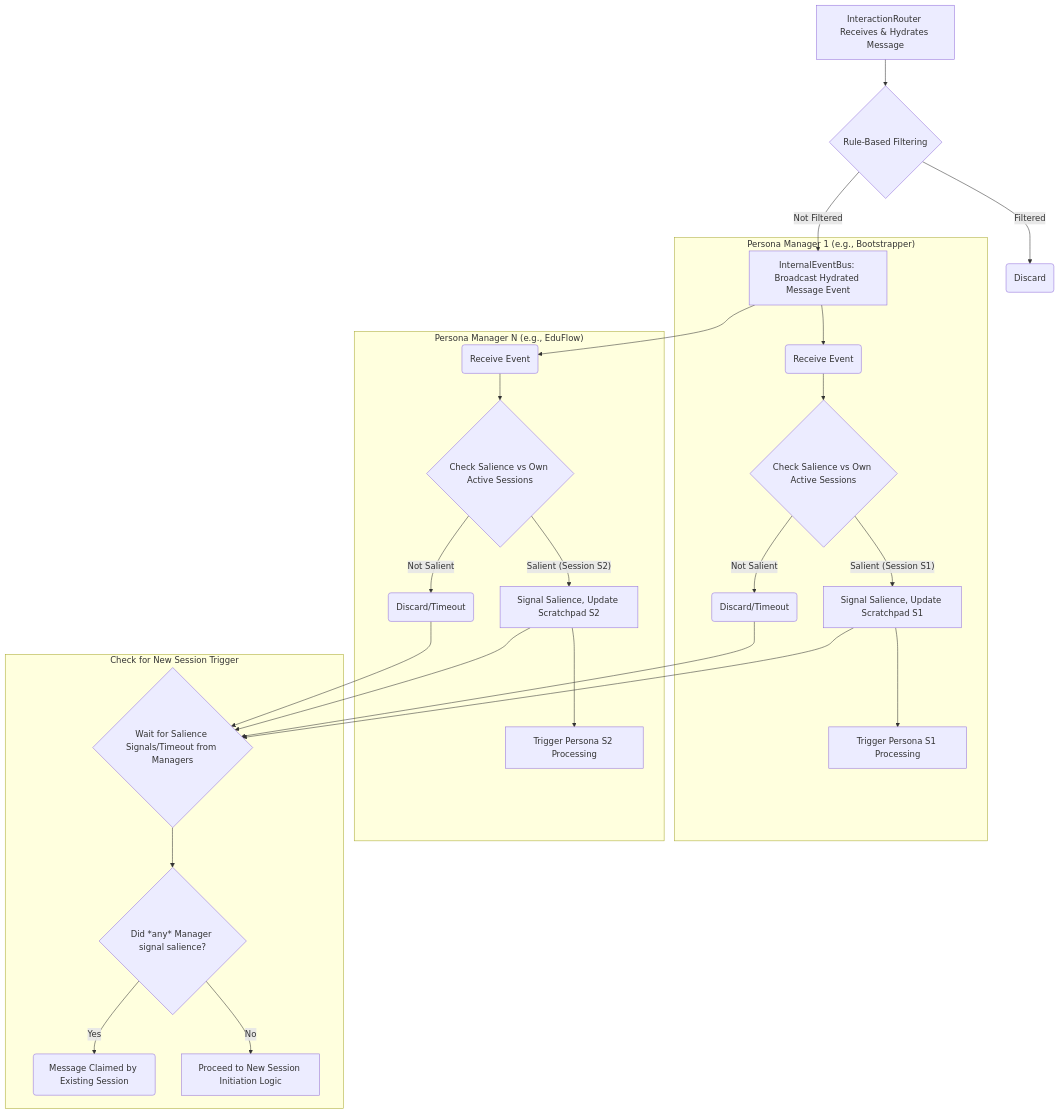
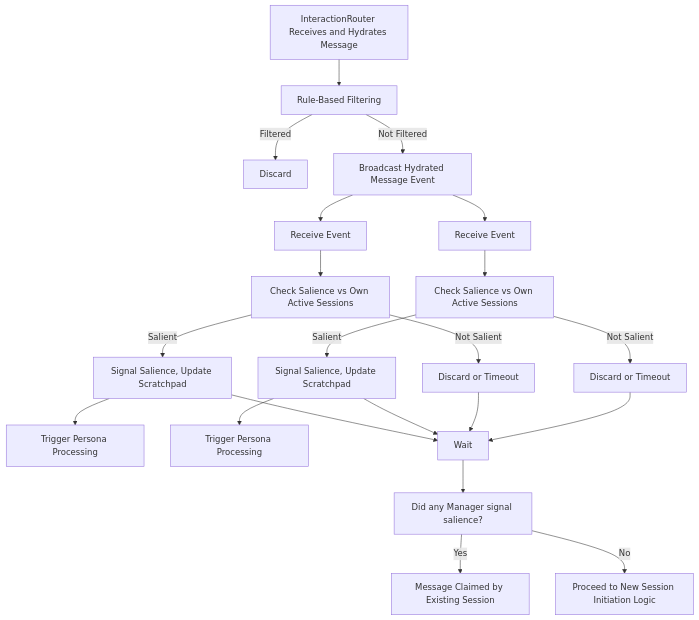
One commit to jfjordanfarr/Nucleus changed the diagram in Docs/Architecture/Processing/Orchestration/ARCHITECTURE_ORCHESTRATION_ROUTING.md. Above: the diagram before and after it, drawn with Mermaid. The commit also changed 12 other files, not shown here.

Commit message:
Better mermaid parsing on existing docs

````diff
--- a/Docs/Architecture/Processing/Orchestration/ARCHITECTURE_ORCHESTRATION_ROUTING.md
+++ b/Docs/Architecture/Processing/Orchestration/ARCHITECTURE_ORCHESTRATION_ROUTING.md
@@ -43,34 +43,23 @@
 ```mermaid
 graph TD
-    A[InteractionRouter Receives & Hydrates Message] --> B{Rule-Based Filtering};
-    B -- Filtered --> X(Discard);
-    B -- Not Filtered --> E[InternalEventBus: Broadcast Hydrated Message Event];
-
-    subgraph "Persona Manager 1 (e.g., Bootstrapper)"
-        E --> PM1_Rcv(Receive Event);
-        PM1_Rcv --> PM1_Chk{Check Salience vs Own Active Sessions};
-        PM1_Chk -- Salient (Session S1) --> PM1_Sig[Signal Salience, Update Scratchpad S1];
-        PM1_Sig --> PM1_Trig[Trigger Persona S1 Processing];
-        PM1_Chk -- Not Salient --> PM1_Disc(Discard/Timeout);
-    end
-
-    subgraph "Persona Manager N (e.g., EduFlow)"
-        E --> PMN_Rcv(Receive Event);
-        PMN_Rcv --> PMN_Chk{Check Salience vs Own Active Sessions};
-        PMN_Chk -- Salient (Session S2) --> PMN_Sig[Signal Salience, Update Scratchpad S2];
-        PMN_Sig --> PMN_Trig[Trigger Persona S2 Processing];
-        PMN_Chk -- Not Salient --> PMN_Disc(Discard/Timeout);
-    end
-
-    PM1_Sig --> Wait;
-    PMN_Sig --> Wait;
-    PM1_Disc --> Wait;
-    PMN_Disc --> Wait;
-
-    subgraph Check for New Session Trigger
-        Wait{Wait for Salience Signals/Timeout from Managers} --> Q{Did *any* Manager signal salience?};
-        Q -- Yes --> R(Message Claimed by Existing Session);
-        Q -- No --> S[Proceed to New Session Initiation Logic];
-    end
-
+    A[InteractionRouter Receives and Hydrates Message] --> B[Rule-Based Filtering]
+    B -- Filtered --> X[Discard]
+    B -- Not Filtered --> E[Broadcast Hydrated Message Event]
+    E --> PM1_Rcv[Receive Event]
+    PM1_Rcv --> PM1_Chk[Check Salience vs Own Active Sessions]
+    PM1_Chk -- Salient --> PM1_Sig[Signal Salience, Update Scratchpad]
+    PM1_Sig --> PM1_Trig[Trigger Persona Processing]
+    PM1_Chk -- Not Salient --> PM1_Disc[Discard or Timeout]
+    E --> PMN_Rcv[Receive Event]
+    PMN_Rcv --> PMN_Chk[Check Salience vs Own Active Sessions]
+    PMN_Chk -- Salient --> PMN_Sig[Signal Salience, Update Scratchpad]
+    PMN_Sig --> PMN_Trig[Trigger Persona Processing]
+    PMN_Chk -- Not Salient --> PMN_Disc[Discard or Timeout]
+    PM1_Sig --> Wait[Wait]
+    PMN_Sig --> Wait
+    PM1_Disc --> Wait
+    PMN_Disc --> Wait
+    Wait --> Q[Did any Manager signal salience?]
+    Q -- Yes --> R[Message Claimed by Existing Session]
+    Q -- No --> S[Proceed to New Session Initiation Logic]
 ```
````
